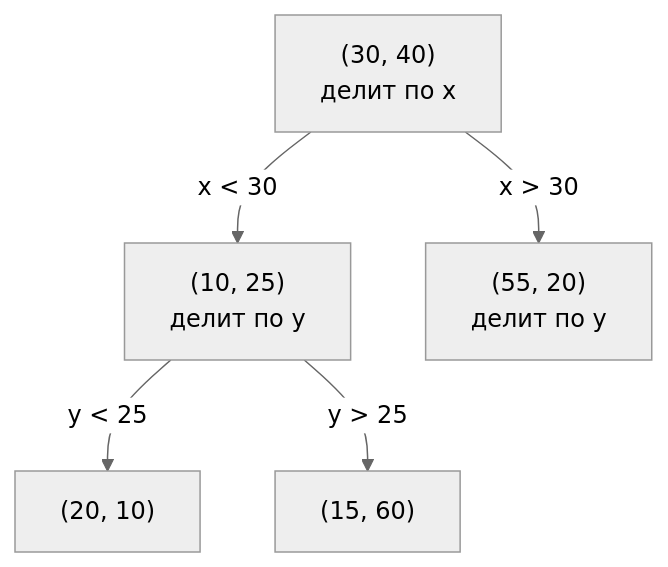
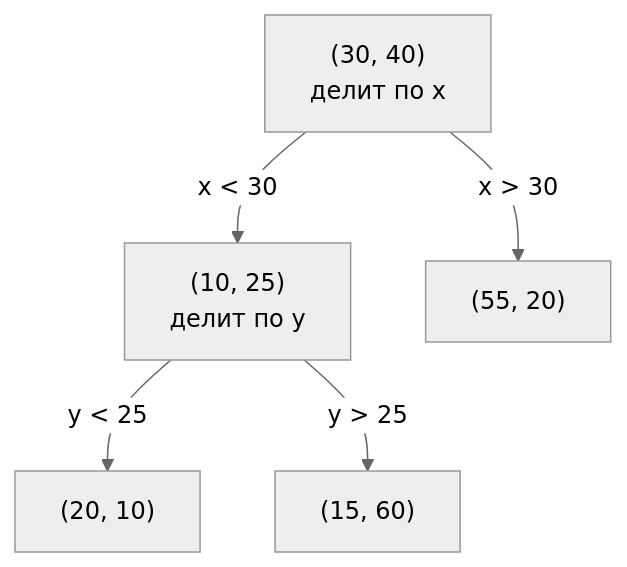
Before and after one commit to EvgeniiIvanov/algo: the first of 3 diagrams in docs/algorithms/kd-dom-ast.md, drawn with Mermaid (neutral theme). The commit also changed other lines of this file and 2 other files, not shown here.

Commit message:
fix(44): align KD depth levels with diagram labels, widen no-guarantee matcher to overview wording

````diff
--- a/docs/algorithms/kd-dom-ast.md
+++ b/docs/algorithms/kd-dom-ast.md
@@ -33,7 +35,7 @@
 ```mermaid
 flowchart TD
     A["(30, 40)<br>делит по x"] -->|"x &lt; 30"| B["(10, 25)<br>делит по y"]
-    A -->|"x &gt; 30"| C["(55, 20)<br>делит по y"]
+    A -->|"x &gt; 30"| C["(55, 20)"]
     B -->|"y &lt; 25"| D["(20, 10)"]
     B -->|"y &gt; 25"| E["(15, 60)"]
 ```
````
